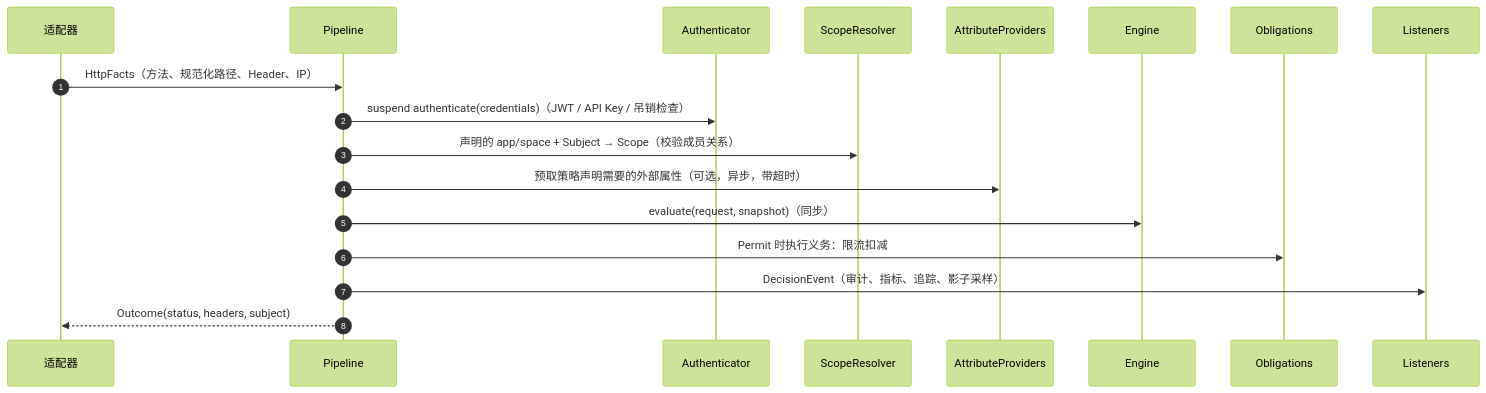
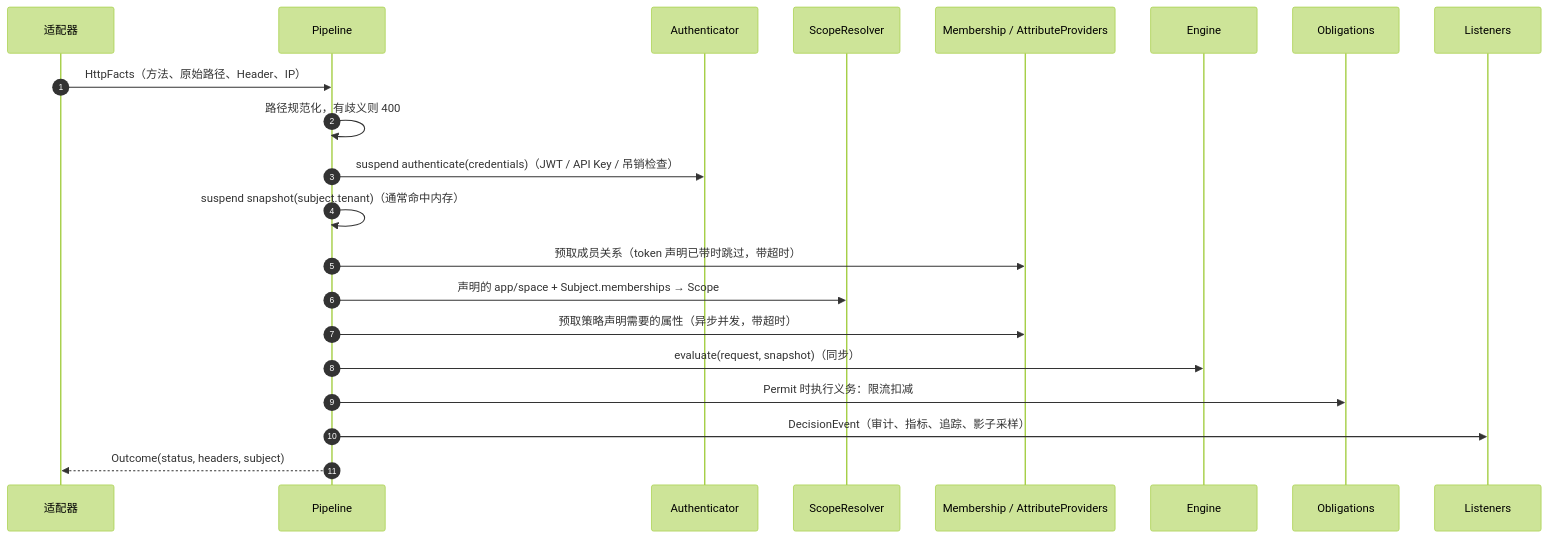
Before and after one commit to Ahoo-Wang/CoSec: the second of 2 diagrams in docs/rfc/0001-target-architecture.md, drawn with Mermaid (forest theme). The commit also changed other lines of this file, not shown here.

First line of the commit message:
docs(rfc): revise the target architecture after self-review

````diff
--- a/docs/rfc/0001-target-architecture.md
+++ b/docs/rfc/0001-target-architecture.md
@@ -222,20 +269,23 @@
 ```mermaid
 sequenceDiagram
     autonumber
     participant A as 适配器
     participant P as Pipeline
     participant N as Authenticator
     participant S as ScopeResolver
-    participant I as AttributeProviders
+    participant I as Membership / AttributeProviders
     participant E as Engine
     participant O as Obligations
     participant L as Listeners
-    A->>P: HttpFacts（方法、规范化路径、Header、IP）
+    A->>P: HttpFacts（方法、原始路径、Header、IP）
+    P->>P: 路径规范化，有歧义则 400
     P->>N: suspend authenticate(credentials)（JWT / API Key / 吊销检查）
-    P->>S: 声明的 app/space + Subject → Scope（校验成员关系）
-    P->>I: 预取策略声明需要的外部属性（可选，异步，带超时）
+    P->>P: suspend snapshot(subject.tenant)（通常命中内存）
+    P->>I: 预取成员关系（token 声明已带时跳过，带超时）
+    P->>S: 声明的 app/space + Subject.memberships → Scope
+    P->>I: 预取策略声明需要的属性（异步并发，带超时）
     P->>E: evaluate(request, snapshot)（同步）
     P->>O: Permit 时执行义务：限流扣减
     P->>L: DecisionEvent（审计、指标、追踪、影子采样）
     P-->>A: Outcome(status, headers, subject)
 ```
````
